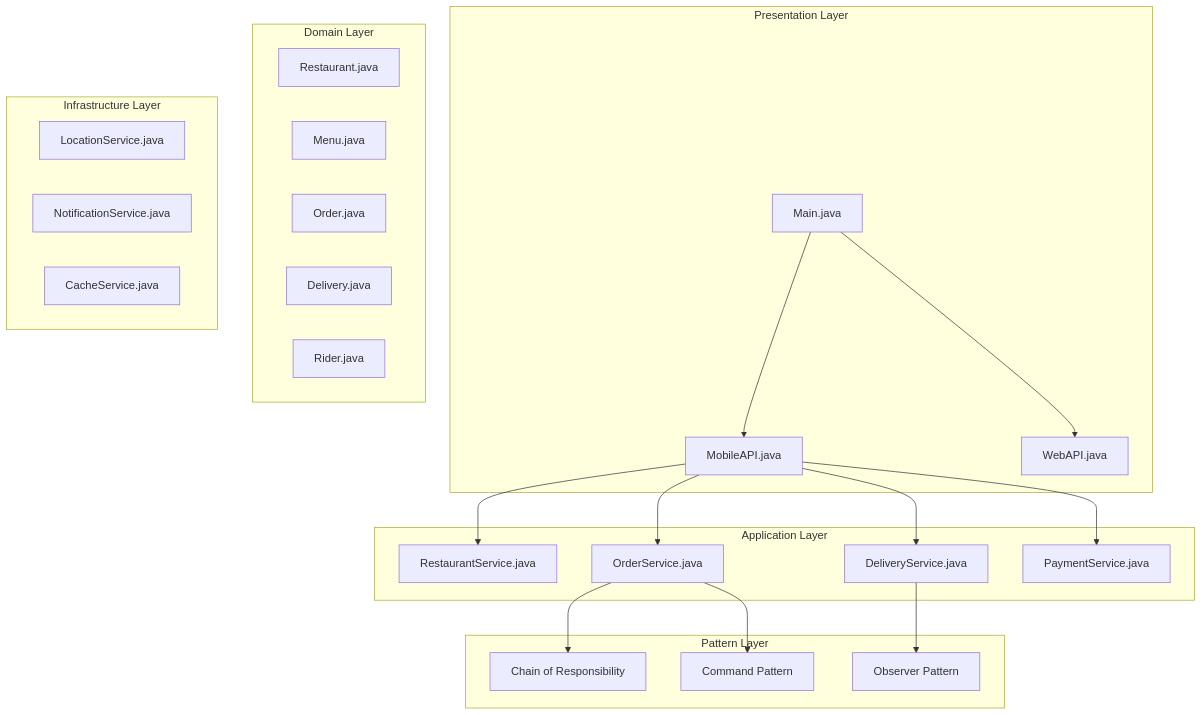
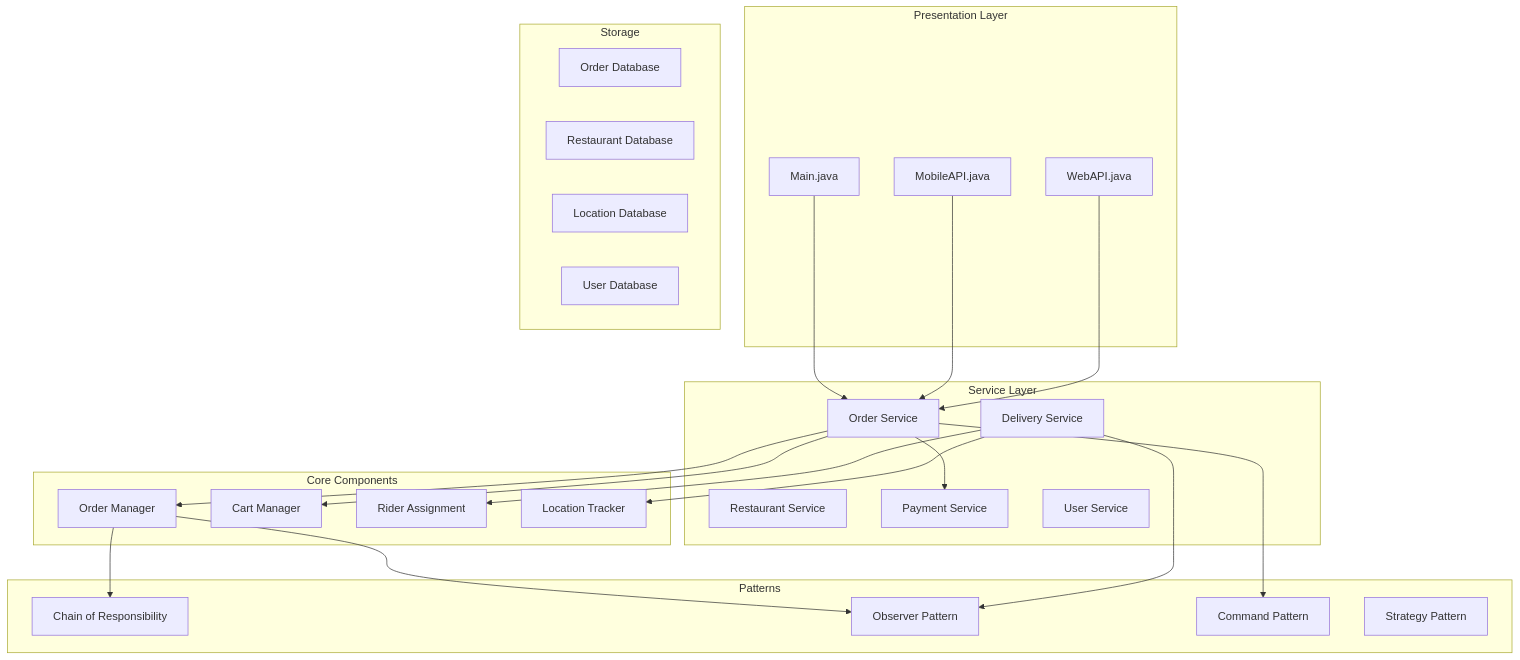
The first of 2 diagrams in 01-programming-languages/Java/02-oop/33-mini-projects/advanced/food-delivery/README.md (javaengineeringacademy/java-engineering-academy), drawn with Mermaid before and after one commit. The commit also changed other lines of this file and 48 other files, not shown here.

First line of the commit message:
fix: final polish for 10/10 - split long READMEs, fix duplicates, add diagrams

````diff
--- a/01-programming-languages/Java/02-oop/33-mini-projects/advanced/food-delivery/README.md
+++ b/01-programming-languages/Java/02-oop/33-mini-projects/advanced/food-delivery/README.md
@@ -45,45 +45,50 @@
 ```mermaid
 graph TB
     subgraph Presentation Layer
         Main[Main.java]
         MobileAPI[MobileAPI.java]
         WebAPI[WebAPI.java]
     end
     
-    subgraph Application Layer
-        RS[RestaurantService.java]
-        OS[OrderService.java]
-        DS[DeliveryService.java]
-        PayS[PaymentService.java]
+    subgraph Service Layer
+        OrderService[Order Service]
+        RestaurantService[Restaurant Service]
+        DeliveryService[Delivery Service]
+        PaymentService[Payment Service]
+        UserService[User Service]
     end
     
-    subgraph Pattern Layer
-        Chain[Chain of Responsibility]
+    subgraph Core Components
+        OrderManager[Order Manager]
+        CartManager[Cart Manager]
+        RiderAssignment[Rider Assignment]
+        LocationTracker[Location Tracker]
+    end
+    
+    subgraph Patterns
+        ChainOfResp[Chain of Responsibility]
         Observer[Observer Pattern]
         Command[Command Pattern]
+        Strategy[Strategy Pattern]
     end
     
-    subgraph Domain Layer
-        Restaurant[Restaurant.java]
-        Menu[Menu.java]
-        Order[Order.java]
-        Delivery[Delivery.java]
-        Rider[Rider.java]
+    subgraph Storage
+        OrderDB[Order Database]
+        RestaurantDB[Restaurant Database]
+        LocationDB[Location Database]
+        UserDB[User Database]
     end
     
-    subgraph Infrastructure Layer
-        Location[LocationService.java]
-        Notification[NotificationService.java]
-        Cache[CacheService.java]
-    end
-    
-    Main --> MobileAPI
-    Main --> WebAPI
-    MobileAPI --> RS
-    MobileAPI --> OS
-    MobileAPI --> DS
-    MobileAPI --> PayS
-    OS --> Chain
-    DS --> Observer
-    OS --> Command
+    Main --> OrderService
+    MobileAPI --> OrderService
+    WebAPI --> OrderService
+    OrderService --> OrderManager
+    OrderService --> CartManager
+    OrderService --> PaymentService
+    DeliveryService --> RiderAssignment
+    DeliveryService --> LocationTracker
+    OrderManager --> ChainOfResp
+    OrderManager --> Observer
+    DeliveryService --> Observer
+    OrderService --> Command
 ```
````
